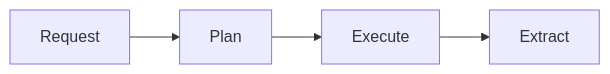
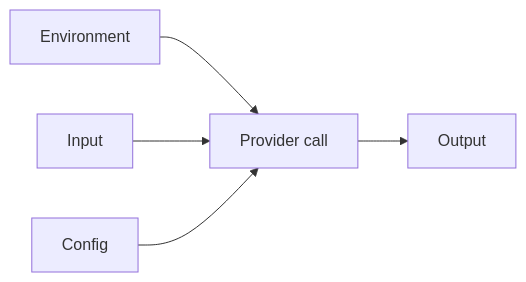
One commit to seanbrar/pollux changed the first of 4 diagrams in docs/concepts.md. Above: the diagram before and after it, drawn with Mermaid. The commit also changed other lines of this file and 7 other files, not shown here.

````diff
--- a/docs/concepts.md
+++ b/docs/concepts.md
@@ -136,6 +127,7 @@
 ```mermaid
 graph LR
-    R[Request] --> P[Plan]
-    P --> E[Execute]
-    E --> X[Extract]
+    E[Environment] --> C[Provider call]
+    I[Input] --> C
+    CFG[Config] --> C
+    C --> O[Output]
 ```
````
